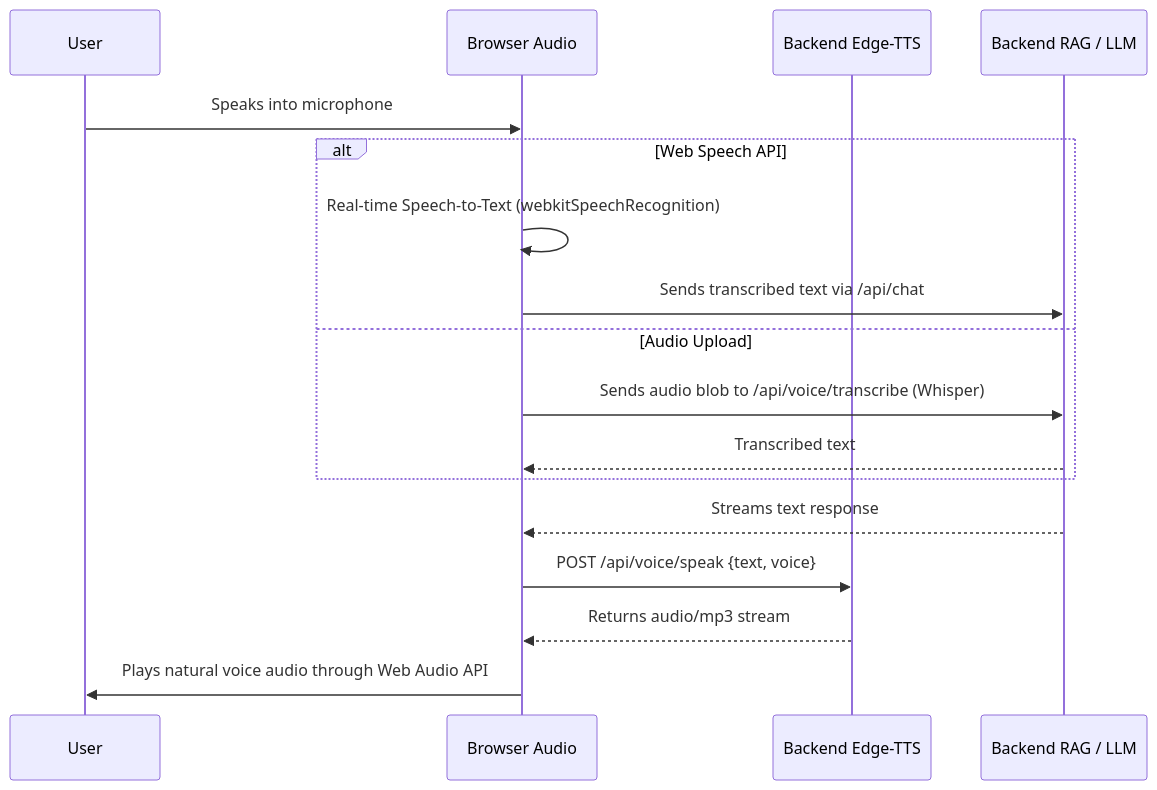
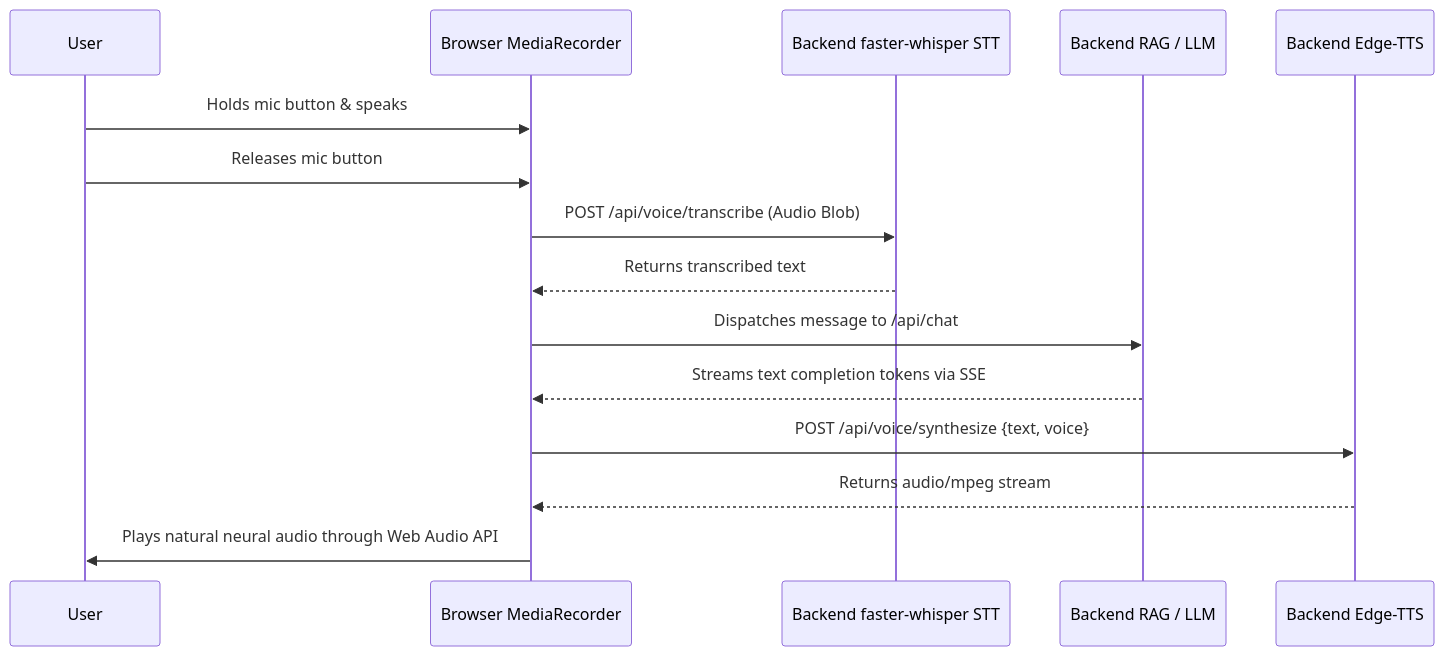
Before and after one commit to conbott/JARVIS: the third of 3 diagrams in docs/ARCHITECTURE.md, drawn with Mermaid. The commit also changed other lines of this file and 7 other files, not shown here.

Commit message:
fix(docs,stt,pinecone): correct voice specs, lazy-load STT, auto-provision pinecone index, sanitize paths

````diff
--- a/docs/ARCHITECTURE.md
+++ b/docs/ARCHITECTURE.md
@@ -227,20 +227,18 @@
 ```mermaid
 sequenceDiagram
     participant User
-    participant Browser as Browser Audio
+    participant Browser as Browser MediaRecorder
+    participant BackendSTT as Backend faster-whisper STT
+    participant LLM as Backend RAG / LLM
     participant EdgeTTS as Backend Edge-TTS
-    participant LLM as Backend RAG / LLM
 
-    User->>Browser: Speaks into microphone
-    alt Web Speech API
-        Browser->>Browser: Real-time Speech-to-Text (webkitSpeechRecognition)
-        Browser->>LLM: Sends transcribed text via /api/chat
-    else Audio Upload
-        Browser->>LLM: Sends audio blob to /api/voice/transcribe (Whisper)
-        LLM-->>Browser: Transcribed text
-    end
-    LLM-->>Browser: Streams text response
-    Browser->>EdgeTTS: POST /api/voice/speak {text, voice}
-    EdgeTTS-->>Browser: Returns audio/mp3 stream
-    Browser->>User: Plays natural voice audio through Web Audio API
+    User->>Browser: Holds mic button & speaks
+    User->>Browser: Releases mic button
+    Browser->>BackendSTT: POST /api/voice/transcribe (Audio Blob)
+    BackendSTT-->>Browser: Returns transcribed text
+    Browser->>LLM: Dispatches message to /api/chat
+    LLM-->>Browser: Streams text completion tokens via SSE
+    Browser->>EdgeTTS: POST /api/voice/synthesize {text, voice}
+    EdgeTTS-->>Browser: Returns audio/mpeg stream
+    Browser->>User: Plays natural neural audio through Web Audio API
 ```
````
